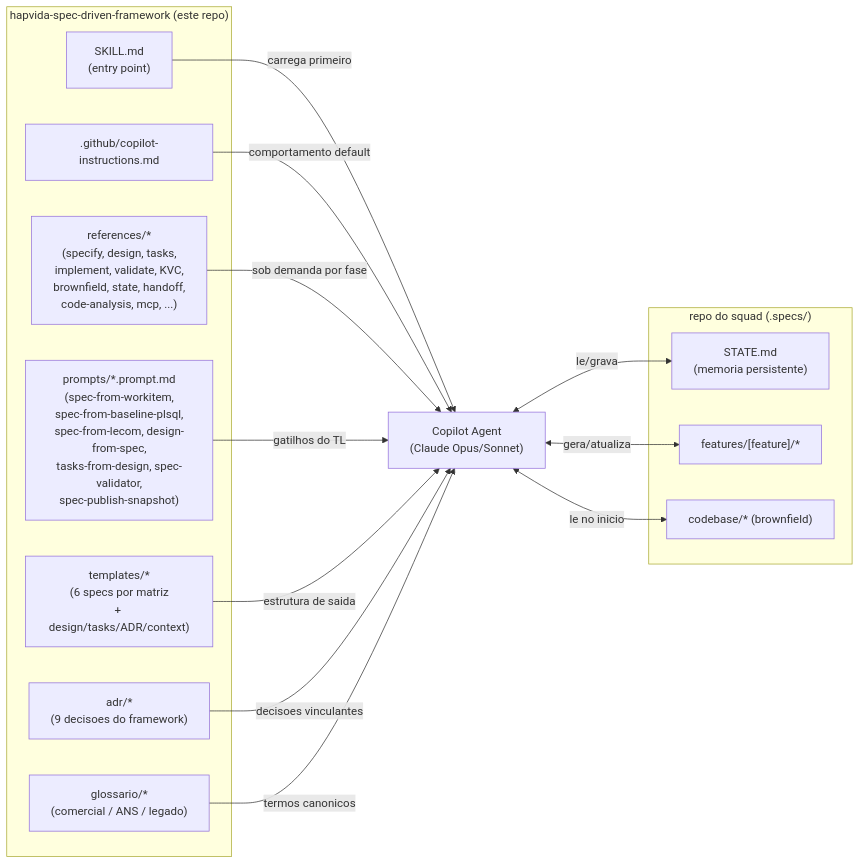
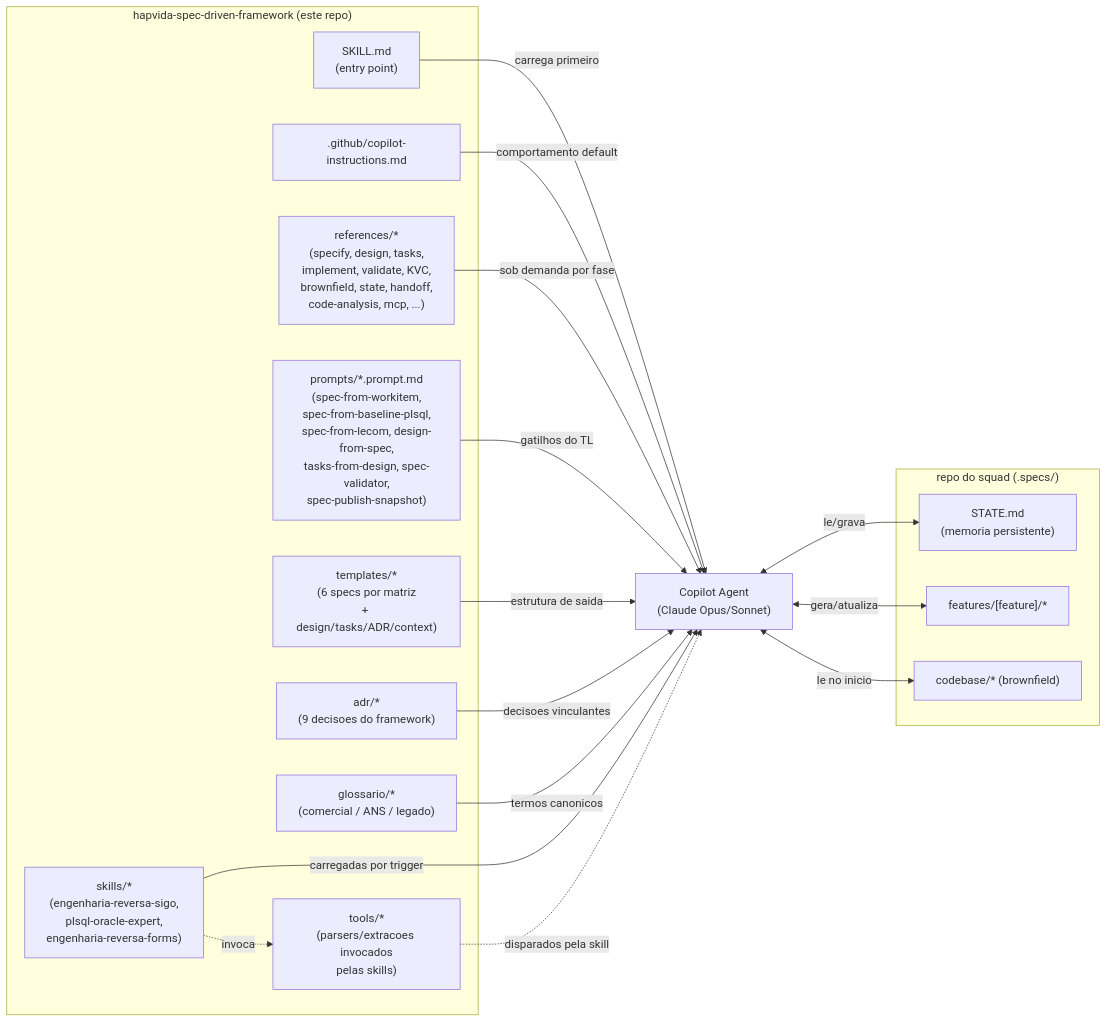
The fifth of 6 diagrams in ARCHITECTURE.md (rawelcl/hap-spec-driven), drawn with Mermaid before and after one commit. The commit also changed other lines of this file and 21 other files, not shown here.

First line of the commit message:
WI-XXXX: feat(framework): engenharia reversa Forms + restruturacao .specs/reverse-engineering/

````diff
--- a/ARCHITECTURE.md
+++ b/ARCHITECTURE.md
@@ -243,32 +245,37 @@
 ```mermaid
 flowchart LR
     subgraph REPO["hapvida-spec-driven-framework (este repo)"]
         ENTRY["SKILL.md<br/>(entry point)"]
         INSTR[".github/copilot-instructions.md"]
         REFS2["references/*<br/>(specify, design, tasks,<br/>implement, validate, KVC,<br/>brownfield, state, handoff,<br/>code-analysis, mcp, ...)"]
         PROMPTS2["prompts/*.prompt.md<br/>(spec-from-workitem,<br/>spec-from-baseline-plsql,<br/>spec-from-lecom, design-from-spec,<br/>tasks-from-design, spec-validator,<br/>spec-publish-snapshot)"]
         TEMPL2["templates/*<br/>(6 specs por matriz<br/>+ design/tasks/ADR/context)"]
         ADRS2["adr/*<br/>(9 decisoes do framework)"]
         GLOSS2["glossario/*<br/>(comercial / ANS / legado)"]
+        SKILLS2["skills/*<br/>(engenharia-reversa-sigo,<br/>plsql-oracle-expert,<br/>engenharia-reversa-forms)"]
+        TOOLS2["tools/*<br/>(parsers/extracoes invocados<br/>pelas skills)"]
+        SKILLS2 -.invoca.-> TOOLS2
     end
 
     subgraph SQUAD["repo do squad (.specs/)"]
         STATE["STATE.md<br/>(memoria persistente)"]
         FEAT2["features/[feature]/*"]
         CB2["codebase/* (brownfield)"]
     end
 
     AGT["Copilot Agent<br/>(Claude Opus/Sonnet)"]
 
     ENTRY -->|carrega primeiro| AGT
     INSTR -->|comportamento default| AGT
     REFS2 -->|sob demanda por fase| AGT
     PROMPTS2 -->|gatilhos do TL| AGT
     TEMPL2 -->|estrutura de saida| AGT
     ADRS2 -->|decisoes vinculantes| AGT
     GLOSS2 -->|termos canonicos| AGT
+    SKILLS2 -->|carregadas por trigger| AGT
+    TOOLS2 -.disparados pela skill.-> AGT
 
     AGT <-->|le/grava| STATE
     AGT <-->|gera/atualiza| FEAT2
     AGT <-->|le no inicio| CB2
 ```
````
